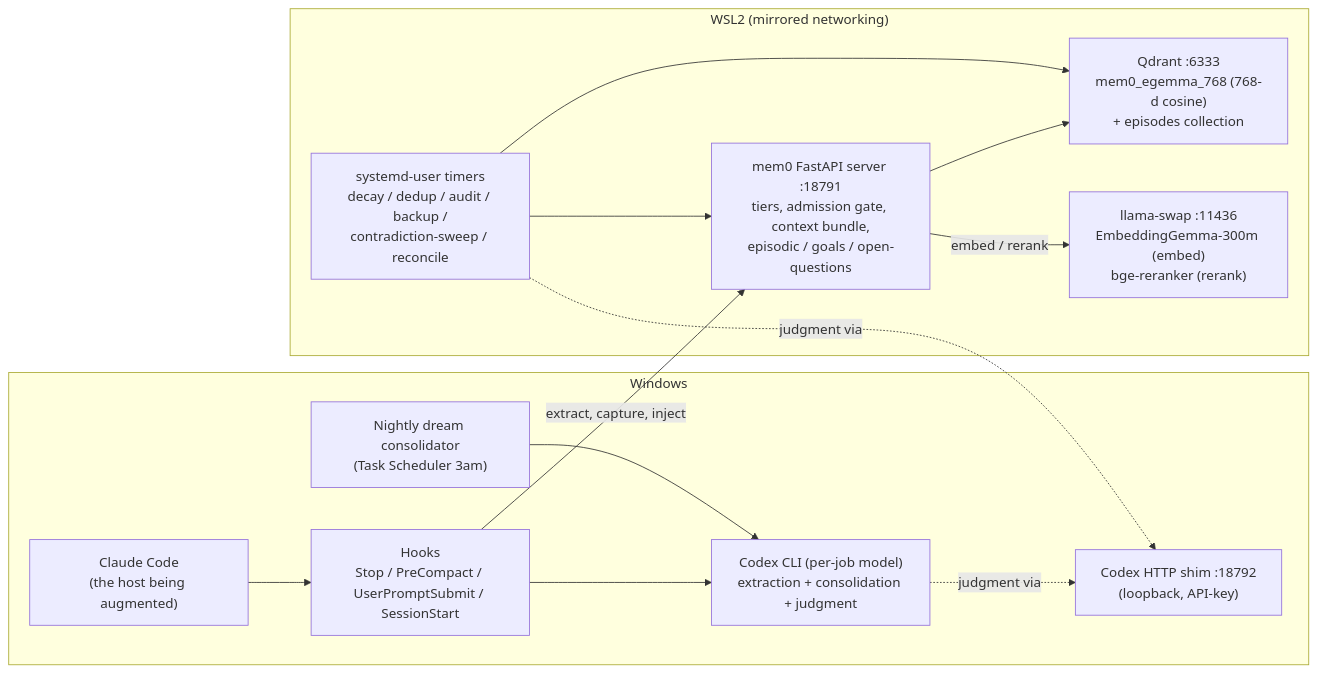
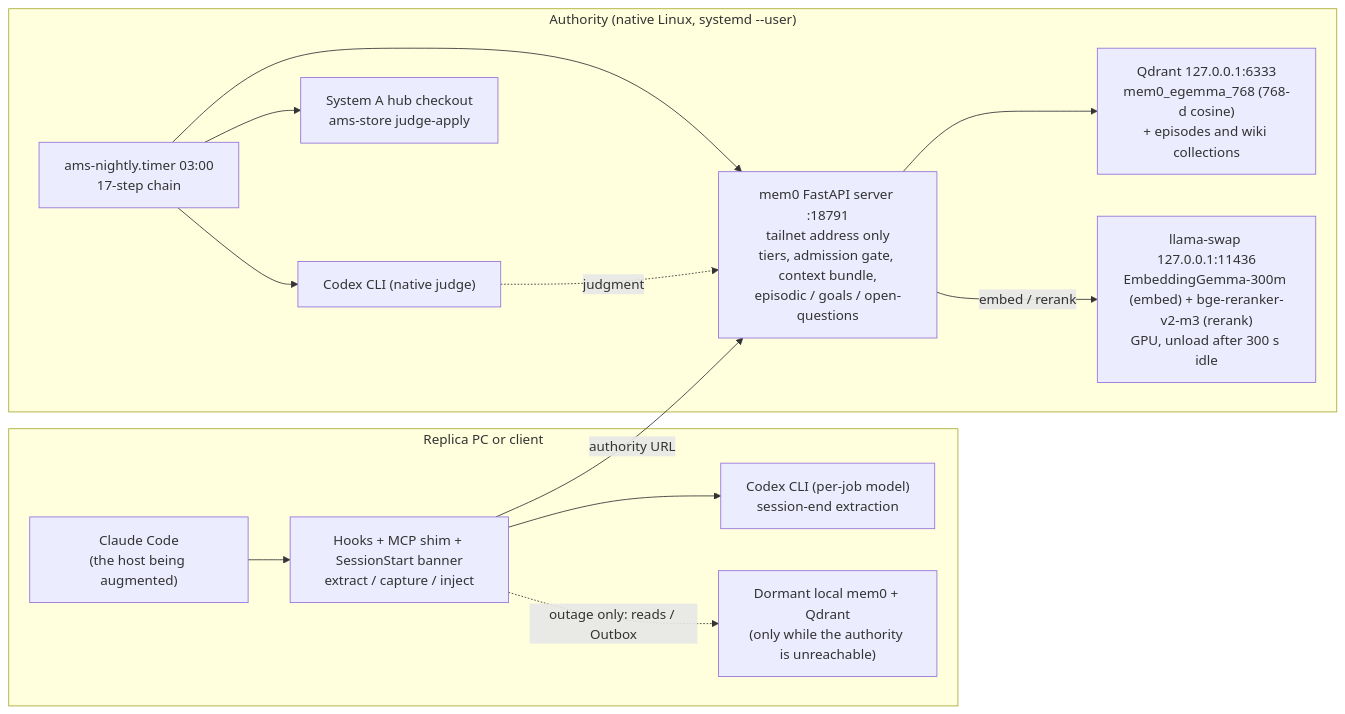
The first of 3 diagrams in ARCHITECTURE.md (dmmdea/agentic-memory-stack-for-claude-code), drawn with Mermaid before and after one commit. The commit also changed other lines of this file and 2 other files, not shown here.

````diff
--- a/ARCHITECTURE.md
+++ b/ARCHITECTURE.md
@@ -13,26 +29,27 @@
 ```mermaid
 flowchart LR
-    subgraph WIN["Windows"]
+    subgraph PC["Replica PC or client"]
         CC["Claude Code<br/>(the host being augmented)"]
-        HOOKS["Hooks<br/>Stop / PreCompact / UserPromptSubmit / SessionStart"]
-        DREAM["Nightly dream consolidator<br/>(Task Scheduler 3am)"]
-        CODEX["Codex CLI (per-job model)<br/>extraction + consolidation + judgment"]
-        SHIM["Codex HTTP shim :18792<br/>(loopback, API-key)"]
+        HOOKS["Hooks + MCP shim + SessionStart banner<br/>extract / capture / inject"]
+        PCCODEX["Codex CLI (per-job model)<br/>session-end extraction"]
+        DORMANT["Dormant local mem0 + Qdrant<br/>(only while the authority is unreachable)"]
     end
-    subgraph WSL["WSL2 (mirrored networking)"]
-        MEM0["mem0 FastAPI server :18791<br/>tiers, admission gate, context bundle,<br/>episodic / goals / open-questions"]
-        QD["Qdrant :6333<br/>mem0_egemma_768 (768-d cosine)<br/>+ episodes collection"]
-        LS["llama-swap :11436<br/>EmbeddingGemma-300m (embed)<br/>bge-reranker (rerank)"]
-        TIMERS["systemd-user timers<br/>decay / dedup / audit / backup /<br/>contradiction-sweep / reconcile"]
+    subgraph AUTH["Authority (native Linux, systemd --user)"]
+        MEM0["mem0 FastAPI server :18791<br/>tailnet address only<br/>tiers, admission gate, context bundle,<br/>episodic / goals / open-questions"]
+        QD["Qdrant 127.0.0.1:6333<br/>mem0_egemma_768 (768-d cosine)<br/>+ episodes and wiki collections"]
+        LS["llama-swap 127.0.0.1:11436<br/>EmbeddingGemma-300m (embed) + bge-reranker-v2-m3 (rerank)<br/>GPU, unload after 300 s idle"]
+        CHAIN["ams-nightly.timer 03:00<br/>17-step chain"]
+        JUDGE["Codex CLI (native judge)"]
+        STORE["System A hub checkout<br/>ams-store judge-apply"]
     end
     CC --> HOOKS
-    HOOKS -->|"extract, capture, inject"| MEM0
-    HOOKS --> CODEX
-    DREAM --> CODEX
-    CODEX -.->|"judgment via"| SHIM
-    TIMERS -.->|"judgment via"| SHIM
+    HOOKS -->|"authority URL"| MEM0
+    HOOKS -.->|"outage only: reads / Outbox"| DORMANT
+    HOOKS --> PCCODEX
     MEM0 --> QD
     MEM0 -->|"embed / rerank"| LS
-    TIMERS --> QD
-    TIMERS --> MEM0
+    CHAIN --> MEM0
+    CHAIN --> JUDGE
+    CHAIN --> STORE
+    JUDGE -.->|"judgment"| MEM0
 ```
````
